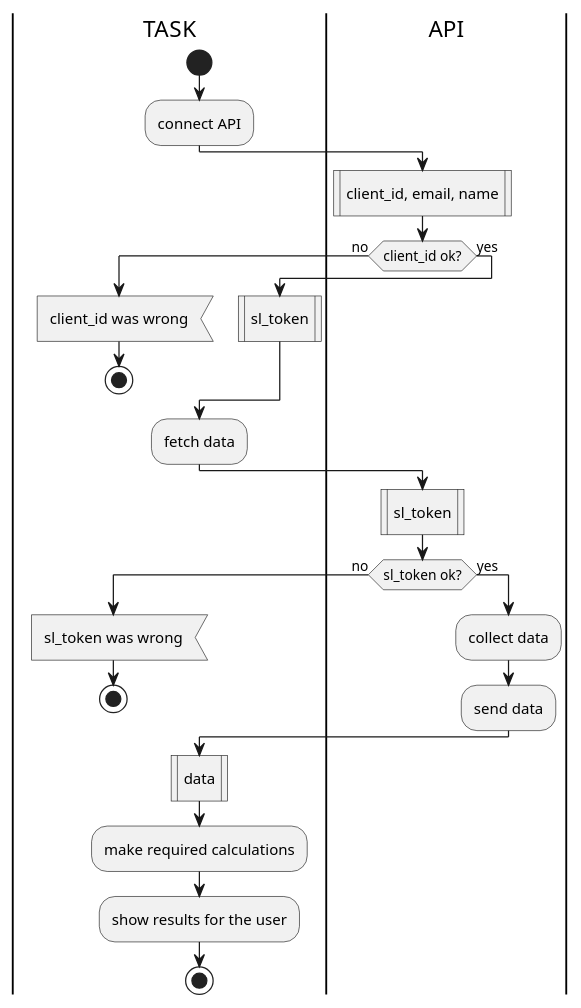
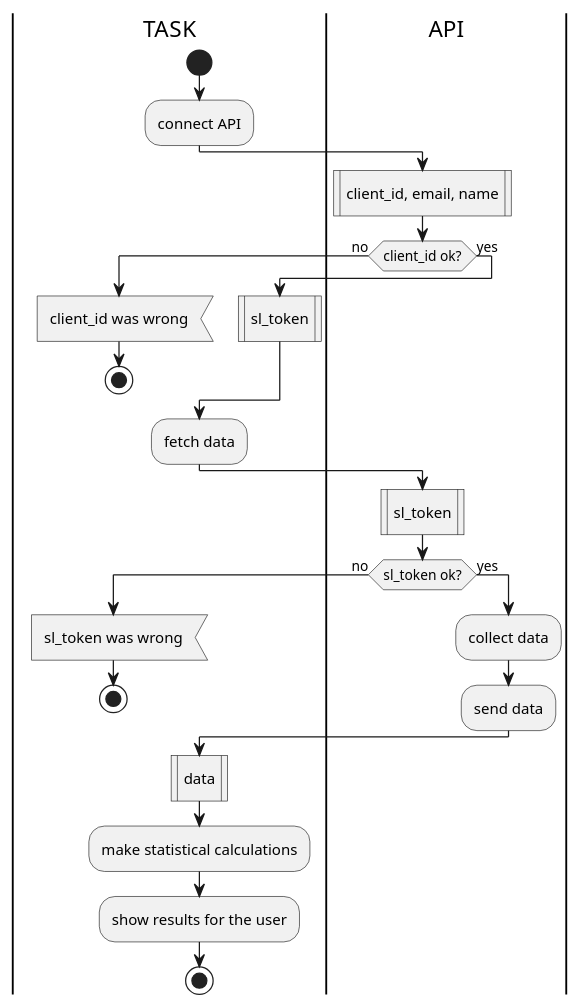
Before and after one commit to 4arturas/supermetrics-fix: the diagram in plantuml/diagram3.puml, drawn with PlantUML.

Commit message:
Update diagram

```diff
--- a/plantuml/diagram3.puml
+++ b/plantuml/diagram3.puml
@@ -1,36 +1,36 @@
 @startuml
 |TASK|
 start
 :connect API;
 |API|
 :client_id, email, name|
 
 if (client_id ok?) then (no)
     |TASK|
     :client_id was wrong<
     stop;    
 else (yes)
     |TASK|
     :sl_token|
 endif
 :fetch data;
 
 |API|
 :sl_token|
 if (sl_token ok?) then (no)
     |TASK|
     :sl_token was wrong<
     stop;
 else (yes)
     |API|
     :collect data;
     :send data;
 endif
 
 |TASK|
 :data|
-:make required calculations;
+:make statistical calculations;
 :show results for the user;
 
 stop
 @enduml
```
